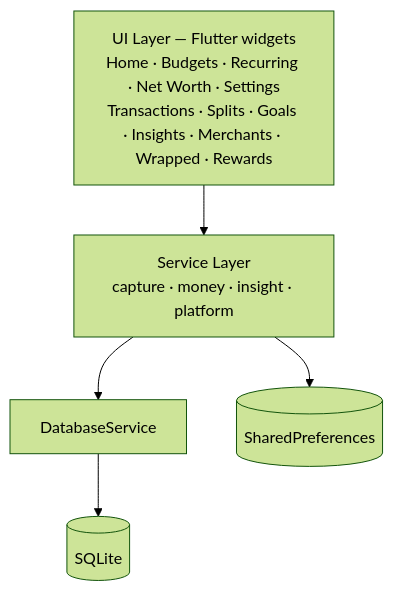
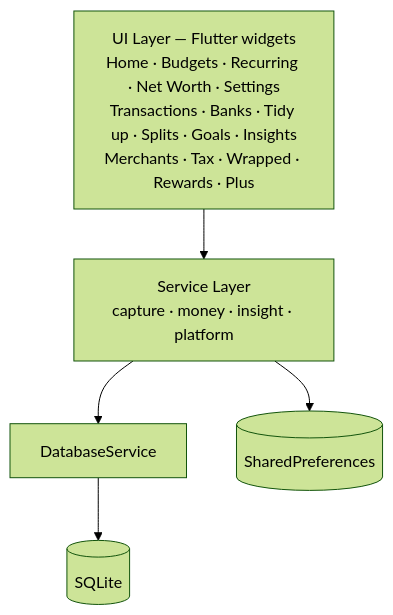
One commit to Yolo-cell-hash/budgetify changed the tenth of 10 diagrams in README.md. Above: the diagram before and after it, drawn with Mermaid (forest theme). The commit also changed other lines of this file and 1 other file, not shown here.

````diff
--- a/README.md
+++ b/README.md
@@ -381,9 +496,9 @@
 ```mermaid
 flowchart TD
-  UI["UI Layer — Flutter widgets<br/>Home · Budgets · Recurring · Net Worth · Settings<br/>Transactions · Splits · Goals · Insights · Merchants · Wrapped · Rewards"]
+  UI["UI Layer — Flutter widgets<br/>Home · Budgets · Recurring · Net Worth · Settings<br/>Transactions · Banks · Tidy up · Splits · Goals · Insights<br/>Merchants · Tax · Wrapped · Rewards · Plus"]
   SVC["Service Layer<br/>capture · money · insight · platform"]
   UI --> SVC
   SVC --> DBService["DatabaseService"]
   SVC --> Prefs[("SharedPreferences")]
   DBService --> SQLite[("SQLite")]
 ```
````
